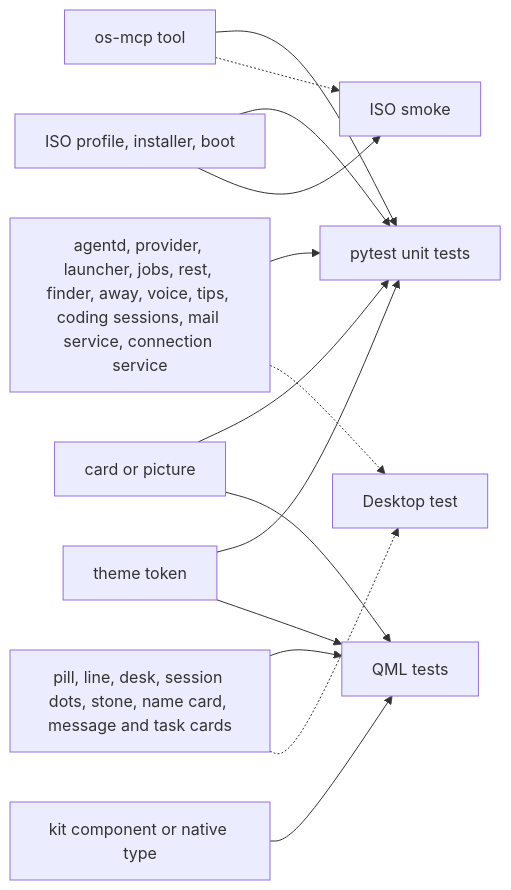
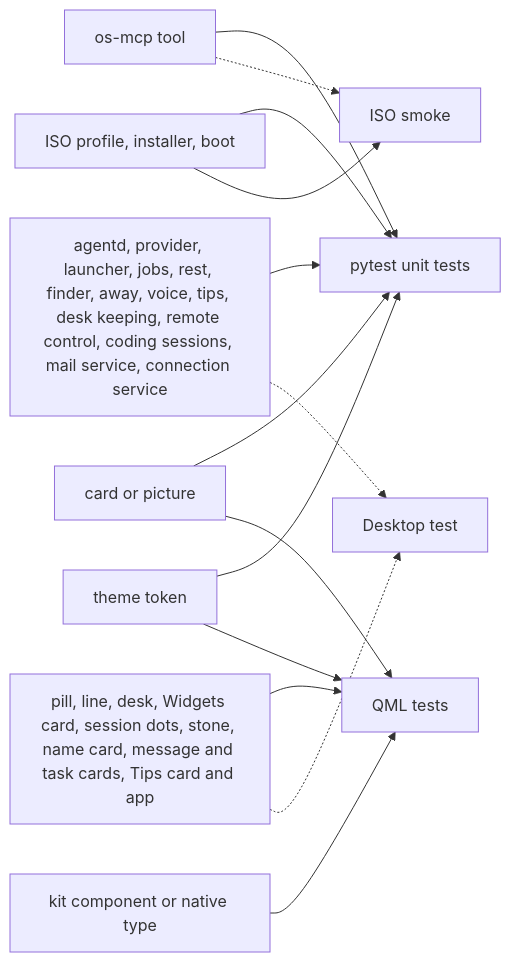
The second of 2 diagrams in docs/contributing/development.md (thedefaultman/Bombadil), drawn with Mermaid before and after one commit. The commit also changed other lines of this file and 22 other files, not shown here.

````diff
--- a/docs/contributing/development.md
+++ b/docs/contributing/development.md
@@ -275,16 +285,16 @@
 ```mermaid
 flowchart LR
-    c1["agentd, provider, launcher, jobs, rest, finder, away, voice, tips, coding sessions, mail service, connection service"] --> U["pytest unit tests"]
+    c1["agentd, provider, launcher, jobs, rest, finder, away, voice, tips, desk keeping, remote control, coding sessions, mail service, connection service"] --> U["pytest unit tests"]
     c2["os-mcp tool"] --> U
     c3["card or picture"] --> U
     c3 --> Q["QML tests"]
     c4["kit component or native type"] --> Q
-    c5["pill, line, desk, session dots, stone, name card, message and task cards"] --> Q
+    c5["pill, line, desk, Widgets card, session dots, stone, name card, message and task cards, Tips card and app"] --> Q
     c6["theme token"] --> U
     c6 --> Q
     c7["ISO profile, installer, boot"] --> U
     c7 --> S["ISO smoke"]
     c1 -.-> D["Desktop test"]
     c5 -.-> D
     c2 -.-> S
 ```
````
